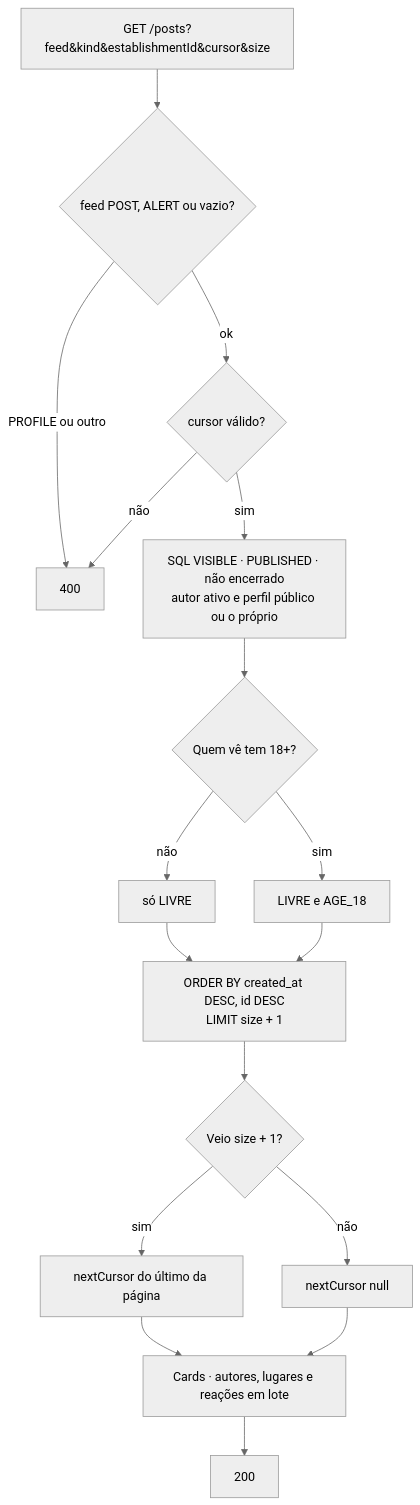
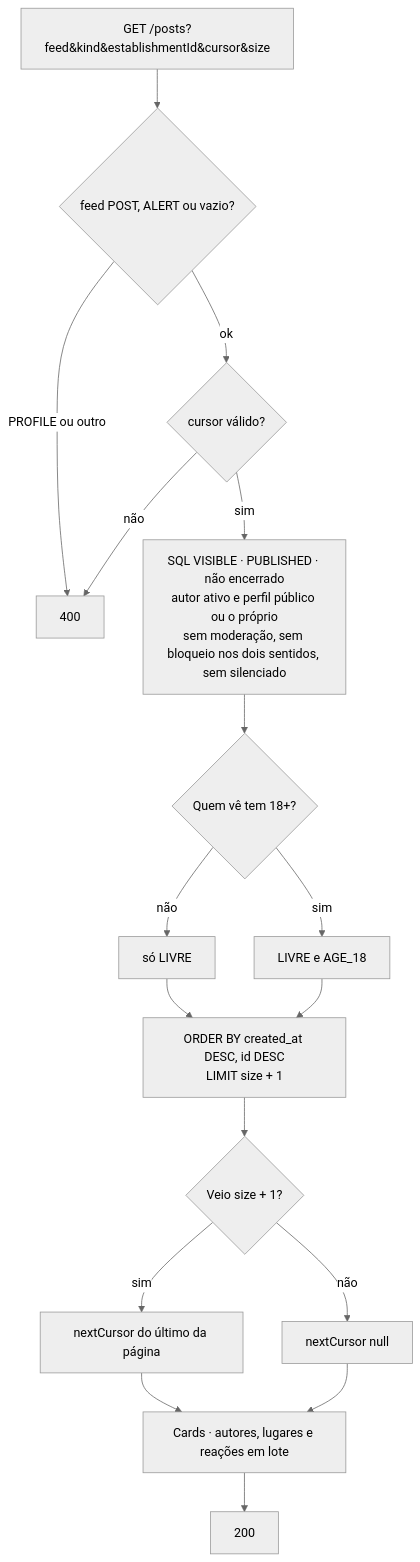
Before and after one commit to MatheusHaliski/Friendly-Eats: the second of 3 diagrams in docs/RF14/atividades.md, drawn with Mermaid (neutral theme). The commit also changed other lines of this file and 90 other files, not shown here.

````diff
--- a/docs/RF14/atividades.md
+++ b/docs/RF14/atividades.md
@@ -29,17 +31,17 @@
 ```mermaid
 flowchart TD
     F[GET /posts?feed&kind&establishmentId&cursor&size] --> V{feed POST, ALERT ou vazio?}
     V -- PROFILE ou outro --> E400[400]
     V -- ok --> C{cursor válido?}
     C -- não --> E400
-    C -- sim --> Q[SQL VISIBLE · PUBLISHED · não encerrado<br/>autor ativo e perfil público ou o próprio]
+    C -- sim --> Q[SQL VISIBLE · PUBLISHED · não encerrado<br/>autor ativo e perfil público ou o próprio<br/>sem moderação, sem bloqueio nos dois sentidos, sem silenciado]
     Q --> AG{Quem vê tem 18+?}
     AG -- não --> LV[só LIVRE]
     AG -- sim --> ALL[LIVRE e AGE_18]
     LV & ALL --> ORD[ORDER BY created_at DESC, id DESC<br/>LIMIT size + 1]
     ORD --> M{Veio size + 1?}
     M -- sim --> NC[nextCursor do último da página]
     M -- não --> END[nextCursor null]
     NC & END --> CARDS[Cards · autores, lugares e reações em lote]
     CARDS --> OK[200]
 ```
````
